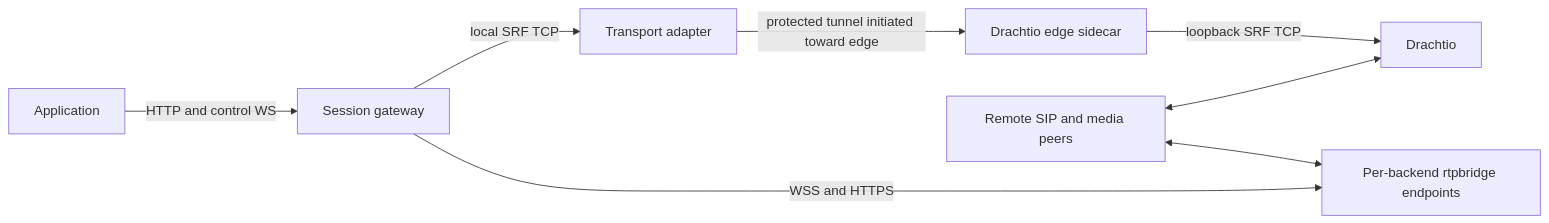
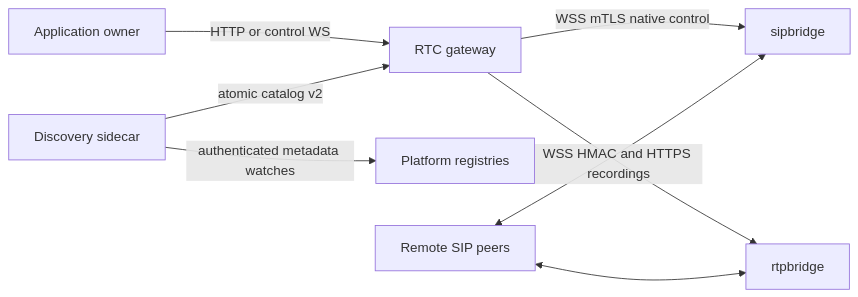
Before and after one commit to zyno-io/rtc-session-gateway: the diagram in docs/guide/cross-cluster.md, drawn with Mermaid. The commit also changed other lines of this file and 50 other files, not shown here.

First line of the commit message:
Replace SRF with native sipbridge control and catalog v2

````diff
--- a/docs/guide/cross-cluster.md
+++ b/docs/guide/cross-cluster.md
@@ -28,10 +8,10 @@
 ```mermaid
 flowchart LR
-    A[Application] -->|HTTP and control WS| G[Session gateway]
-    G -->|local SRF TCP| P[Transport adapter]
-    P -->|protected tunnel initiated toward edge| D[Drachtio edge sidecar]
-    D -->|loopback SRF TCP| S[Drachtio]
-    G -->|WSS and HTTPS| R[Per-backend rtpbridge endpoints]
-    C[Remote SIP and media peers] <--> S
-    C <--> R
+    O[Application owner] -->|HTTP or control WS| G[RTC gateway]
+    D[Discovery sidecar] -->|atomic catalog v2| G
+    D -->|authenticated metadata watches| R[Platform registries]
+    G -->|WSS mTLS native control| S[sipbridge]
+    G -->|WSS HMAC and HTTPS recordings| M[rtpbridge]
+    P[Remote SIP peers] <--> S
+    P <--> M
 ```
````
